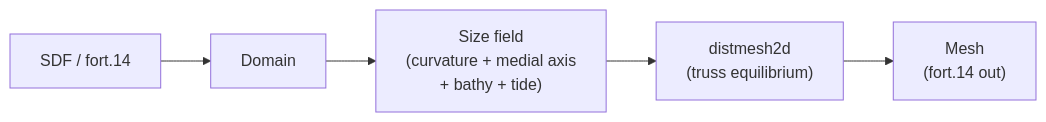
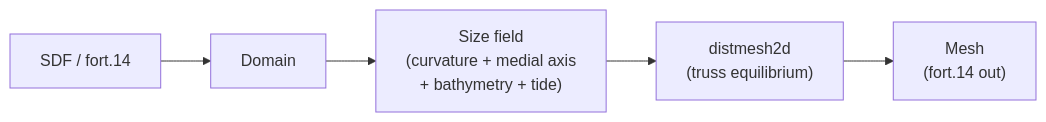
One commit to domattioli/ADMESH changed the diagram in README.md. Above: the diagram before and after it, drawn with Mermaid. The commit also changed other lines of this file, not shown here.

````diff
--- a/README.md
+++ b/README.md
@@ -111,7 +95,7 @@
 ```mermaid
 flowchart LR
     A["SDF / fort.14"] --> B["Domain"]
-    B --> C["Size field\n(curvature + medial axis\n+ bathy + tide)"]
-    C --> D["distmesh2d\n(truss equilibrium)"]
-    D --> E["Mesh\n(fort.14 out)"]
+    B --> C["Size field<br>(curvature + medial axis<br>+ bathymetry + tide)"]
+    C --> D["distmesh2d<br>(truss equilibrium)"]
+    D --> E["Mesh<br>(fort.14 out)"]
 ```
````
